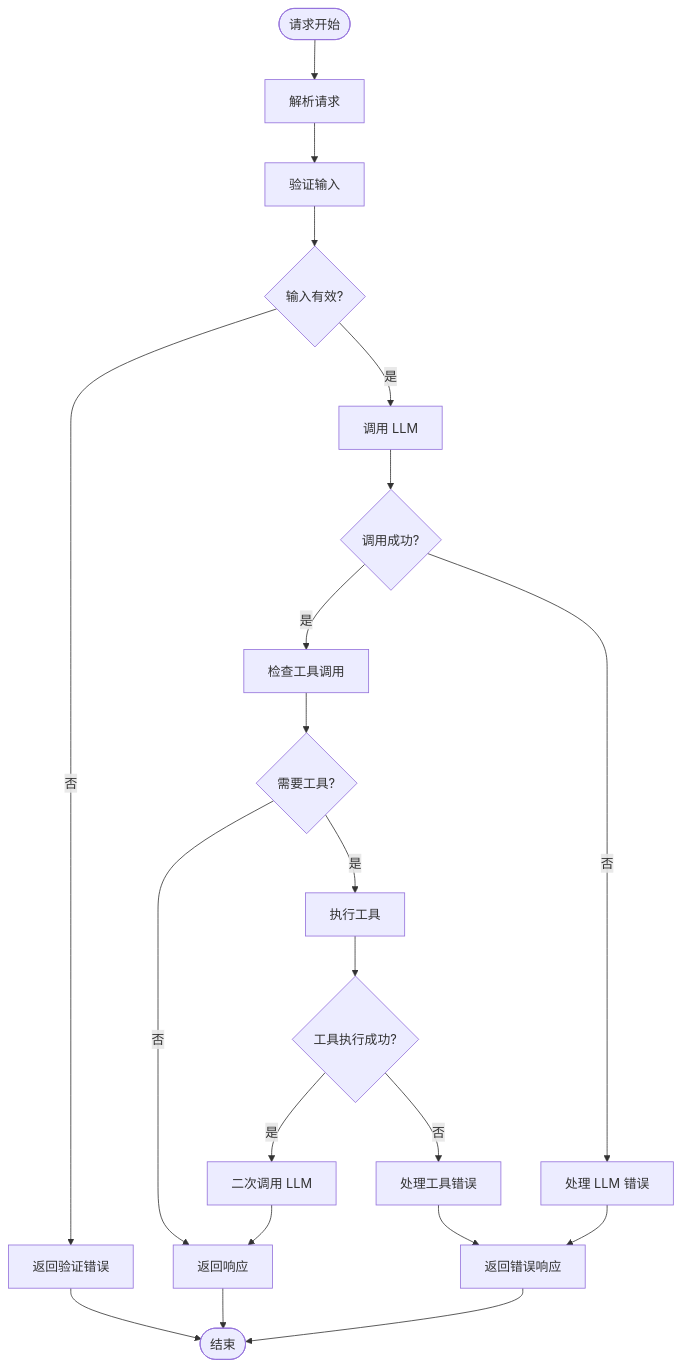
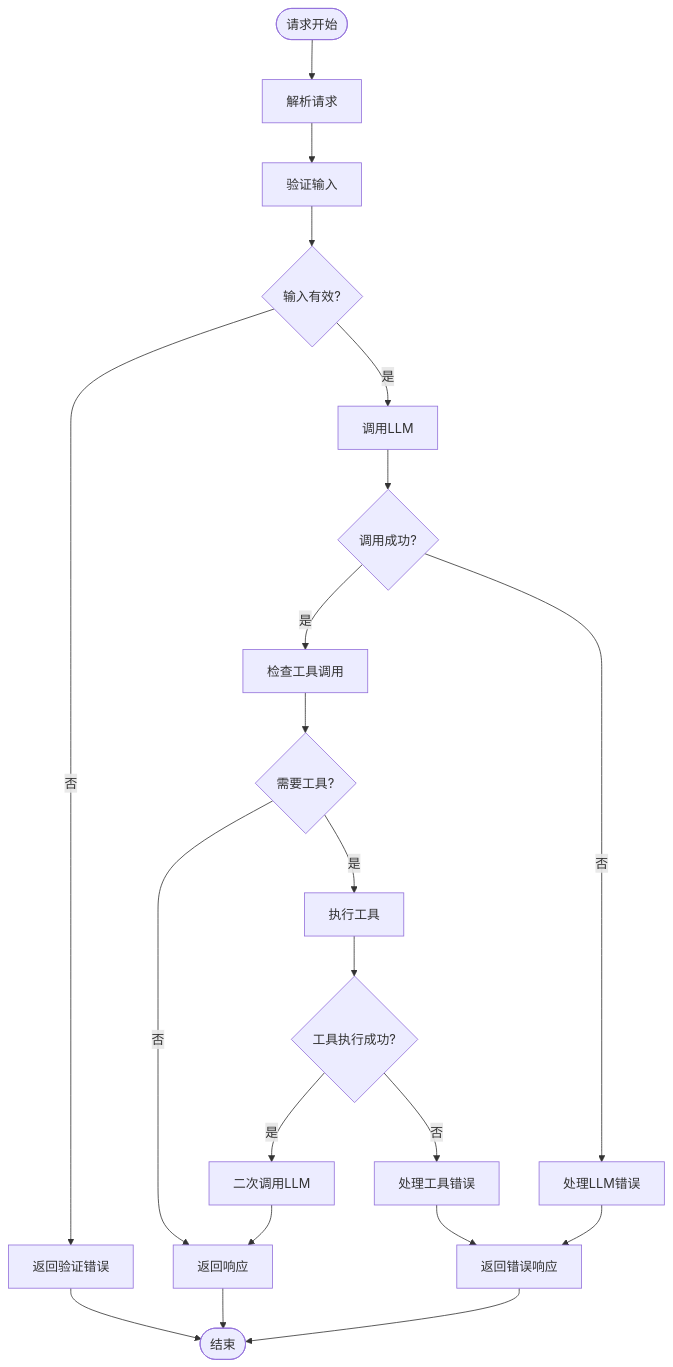
Before and after one commit to CryptoLinxu/Web3-AI-Agent: the fourth of 12 diagrams in .qoder/repowiki/zh/content/风险控制与安全/安全增强系统.md, drawn with Mermaid. The commit also changed other lines of this file and 11 other files, not shown here.

````diff
--- a/.qoder/repowiki/zh/content/风险控制与安全/安全增强系统.md
+++ b/.qoder/repowiki/zh/content/风险控制与安全/安全增强系统.md
@@ -183,23 +235,23 @@
 ```mermaid
 flowchart TD
 Start([请求开始]) --> ParseRequest["解析请求"]
 ParseRequest --> ValidateInput["验证输入"]
 ValidateInput --> ValidInput{"输入有效?"}
 ValidInput --> |否| ReturnValidationError["返回验证错误"]
-ValidInput --> |是| CallLLM["调用 LLM"]
+ValidInput --> |是| CallLLM["调用LLM"]
 CallLLM --> CallSuccess{"调用成功?"}
-CallSuccess --> |否| HandleLLMError["处理 LLM 错误"]
+CallSuccess --> |否| HandleLLMError["处理LLM错误"]
 CallSuccess --> |是| CheckTools["检查工具调用"]
 CheckTools --> NeedTools{"需要工具?"}
 NeedTools --> |否| ReturnResponse["返回响应"]
 NeedTools --> |是| ExecuteTools["执行工具"]
 ExecuteTools --> ToolsSuccess{"工具执行成功?"}
 ToolsSuccess --> |否| HandleToolError["处理工具错误"]
-ToolsSuccess --> |是| CallLLM2["二次调用 LLM"]
+ToolsSuccess --> |是| CallLLM2["二次调用LLM"]
 CallLLM2 --> ReturnResponse
 HandleToolError --> ReturnErrorResponse["返回错误响应"]
 HandleLLMError --> ReturnErrorResponse
 ReturnValidationError --> End([结束])
 ReturnResponse --> End
 ReturnErrorResponse --> End
 ```
````
